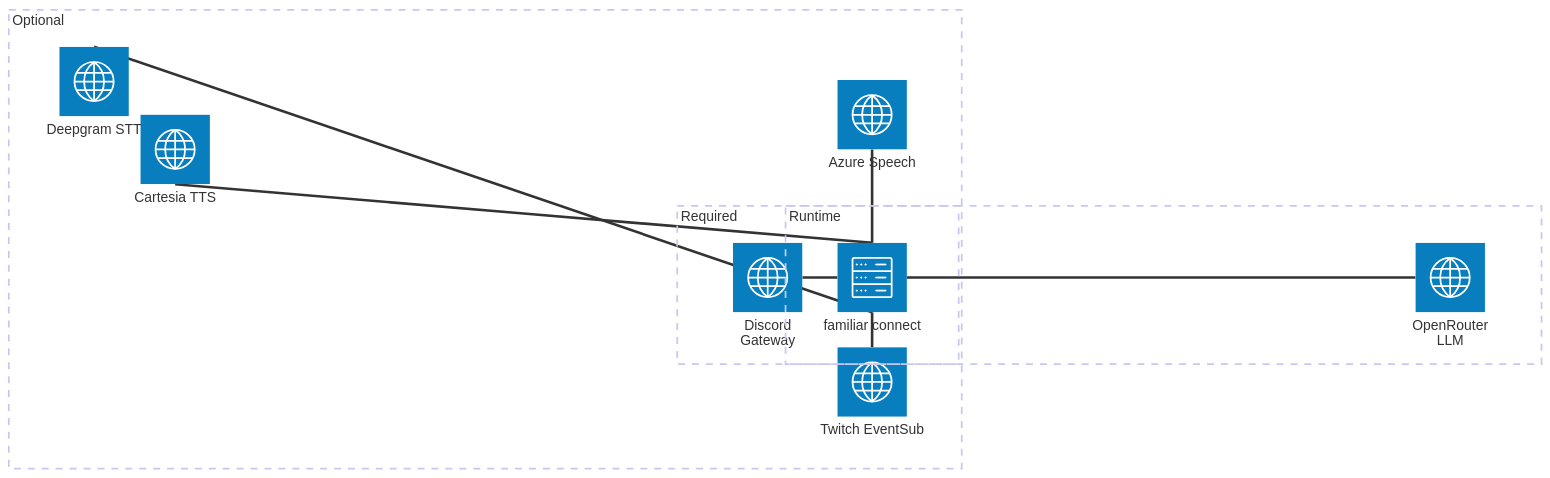
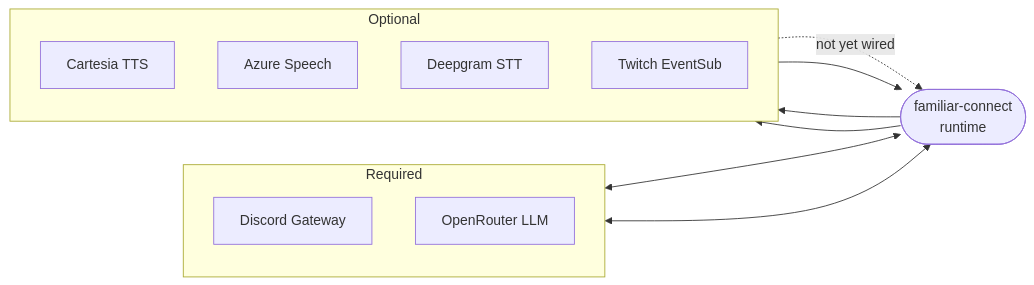
One commit to CorVous/Familiar-Connect changed the second of 2 diagrams in docs/architecture/overview.md. Above: the diagram before and after it, drawn with Mermaid.

Commit message:
Swap architecture-beta for a plain flowchart LR
mermaid's architecture-beta layout solver produces a disjointed mess
the moment a central node has 6+ edges — services overlap with group
boxes and edges crisscross. Flowchart LR with subgraphs gets the same
Required / Optional visual split using mermaid's far more mature
layout code, and adds directional arrows so input (STT, Twitch) vs
output (TTS) services read at a glance. The Deepgram edge is dotted
with an inline "not yet wired" label since it's the one connection
that is currently planned but absent.

https://claude.ai/code/session_01MAjWNao2bziN9MStziEY9C

````diff
--- a/docs/architecture/overview.md
+++ b/docs/architecture/overview.md
@@ -65,22 +65,25 @@
 ```mermaid
-architecture-beta
-    group runtime[Runtime]
-    service bot(server)[familiar connect] in runtime
+flowchart LR
+    subgraph required [Required]
+        direction TB
+        discord[Discord Gateway]
+        openrouter[OpenRouter LLM]
+    end
 
-    group required[Required]
-    service discord(internet)[Discord Gateway] in required
-    service openrouter(internet)[OpenRouter LLM] in required
+    bot([familiar-connect<br/>runtime])
 
-    group optional[Optional]
-    service cartesia(internet)[Cartesia TTS] in optional
-    service azure(internet)[Azure Speech] in optional
-    service deepgram(internet)[Deepgram STT] in optional
-    service twitch(internet)[Twitch EventSub] in optional
+    subgraph optional [Optional]
+        direction TB
+        cartesia[Cartesia TTS]
+        azure[Azure Speech]
+        deepgram[Deepgram STT]
+        twitch[Twitch EventSub]
+    end
 
-    bot:L -- R:discord
-    bot:R -- L:openrouter
-    bot:T -- B:cartesia
-    bot:T -- B:azure
-    bot:B -- T:deepgram
-    bot:B -- T:twitch
+    discord <--> bot
+    openrouter <--> bot
+    bot --> cartesia
+    bot --> azure
+    deepgram -.not yet wired.-> bot
+    twitch --> bot
 ```
````
